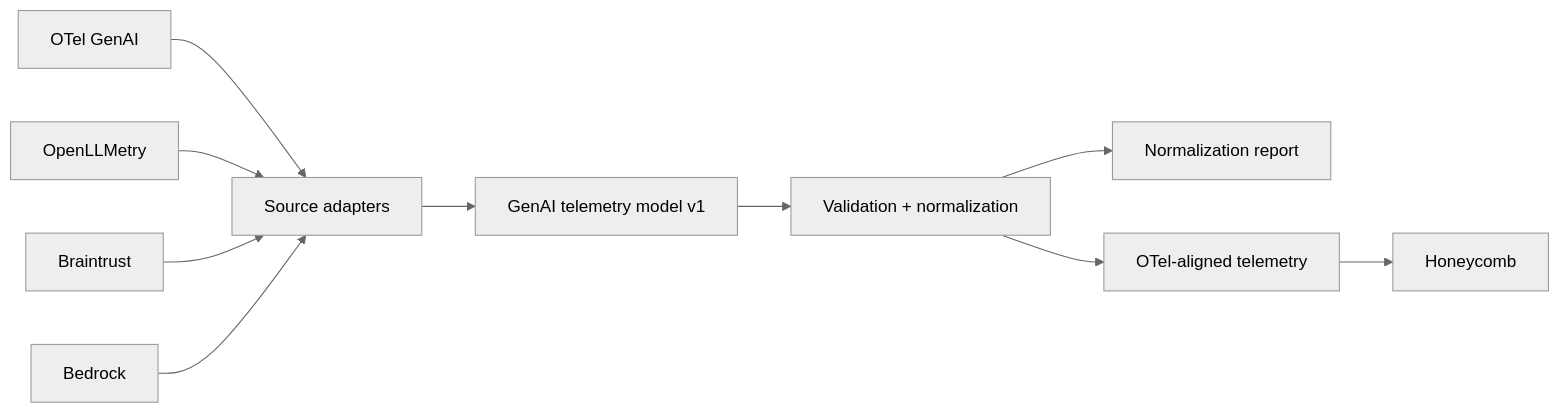
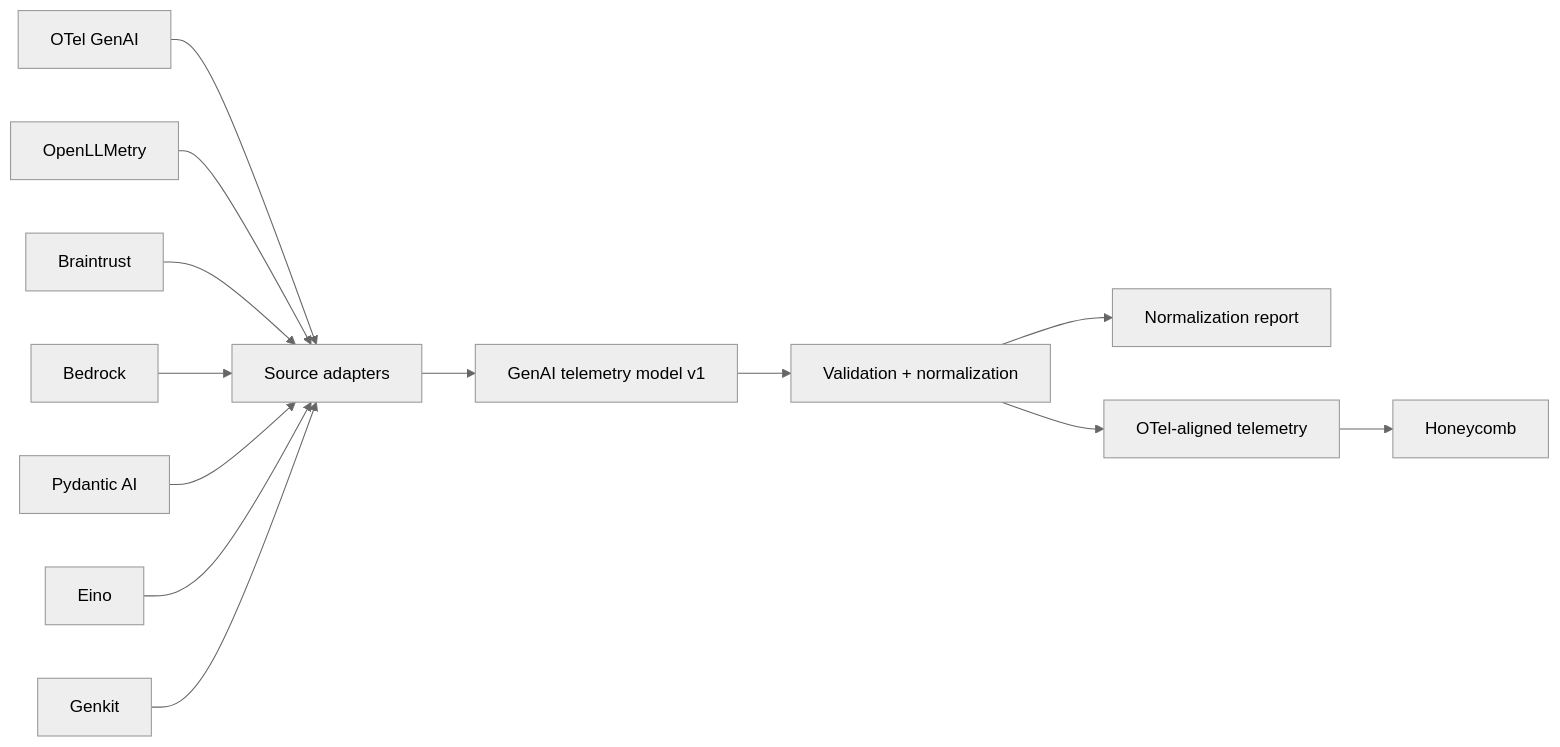
Before and after one commit to Grace/genai-observability: the first of 4 diagrams in docs/ARCHITECTURE.md, drawn with Mermaid (neutral theme). The commit also changed other lines of this file and 62 other files, not shown here.

````diff
--- a/docs/ARCHITECTURE.md
+++ b/docs/ARCHITECTURE.md
@@ -7,12 +7,15 @@
 ```mermaid
 flowchart LR
     O[OTel GenAI] --> A[Source adapters]
     L[OpenLLMetry] --> A
     B[Braintrust] --> A
     BR[Bedrock] --> A
+    PAI[Pydantic AI] --> A
+    E[Eino] --> A
+    G[Genkit] --> A
     A --> M[GenAI telemetry model v1]
     M --> N[Validation + normalization]
     N --> R[Normalization report]
     N --> T[OTel-aligned telemetry]
     T --> H[Honeycomb]
 ```
````
